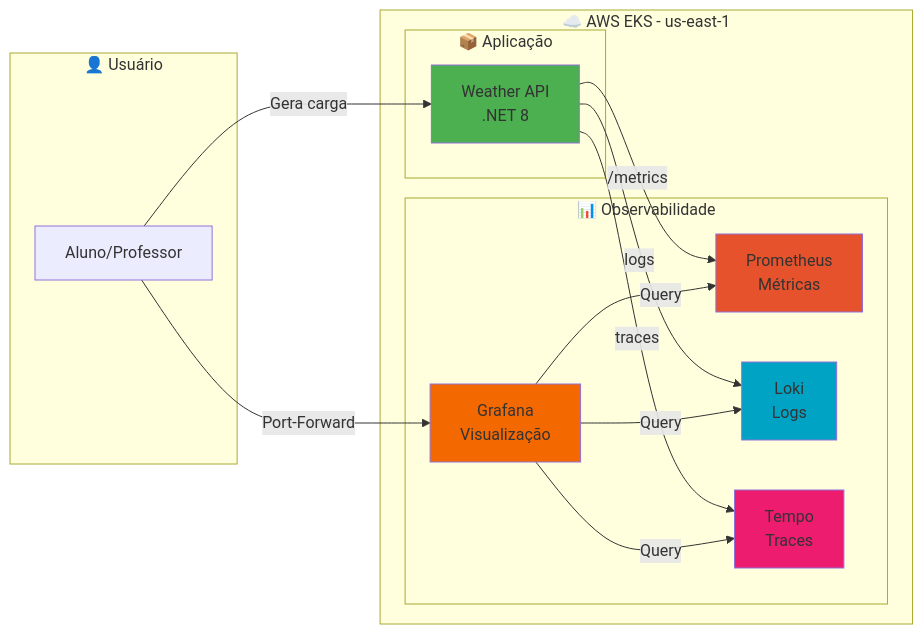
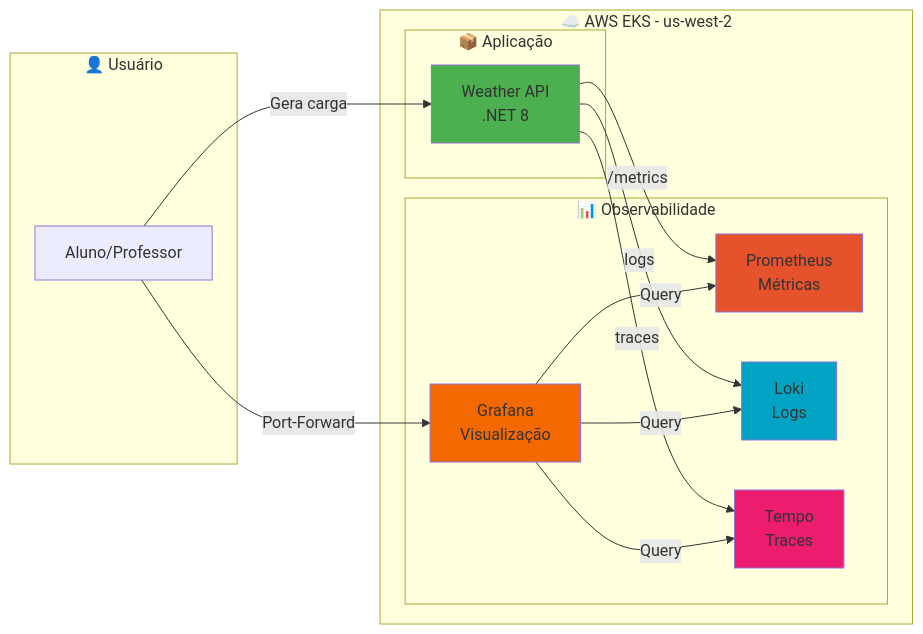
The diagram in README.md (josenetoo/fiap-demo-k8s-monitoramento), drawn with Mermaid before and after one commit. The commit also changed other lines of this file and 5 other files, not shown here.

First line of the commit message:
docs: update AWS region from us-east-1 to us-west-2

````diff
--- a/README.md
+++ b/README.md
@@ -18,36 +18,36 @@
 ```mermaid
 graph LR
     subgraph "👤 Usuário"
         USER[Aluno/Professor]
     end
     
-    subgraph "☁️ AWS EKS - us-east-1"
+    subgraph "☁️ AWS EKS - us-west-2"
         subgraph "📦 Aplicação"
             APP[Weather API<br/>.NET 8]
         end
         
         subgraph "📊 Observabilidade"
             PROM[Prometheus<br/>Métricas]
             GRAF[Grafana<br/>Visualização]
             LOKI[Loki<br/>Logs]
             TEMPO[Tempo<br/>Traces]
         end
     end
     
     USER -->|Port-Forward| GRAF
     USER -->|Gera carga| APP
     
     APP -->|/metrics| PROM
     APP -->|logs| LOKI
     APP -->|traces| TEMPO
     
     GRAF -->|Query| PROM
     GRAF -->|Query| LOKI
     GRAF -->|Query| TEMPO
     
     style APP fill:#4CAF50
     style PROM fill:#E6522C
     style GRAF fill:#F46800
     style LOKI fill:#00A3C4
     style TEMPO fill:#ED1C6F
 ```
````
